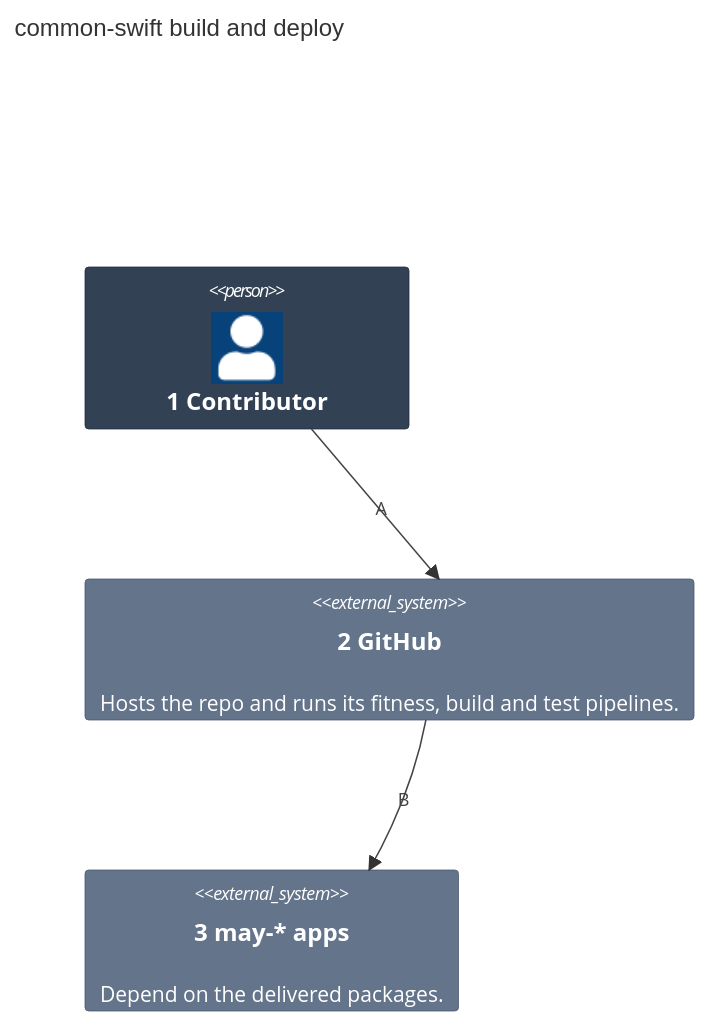
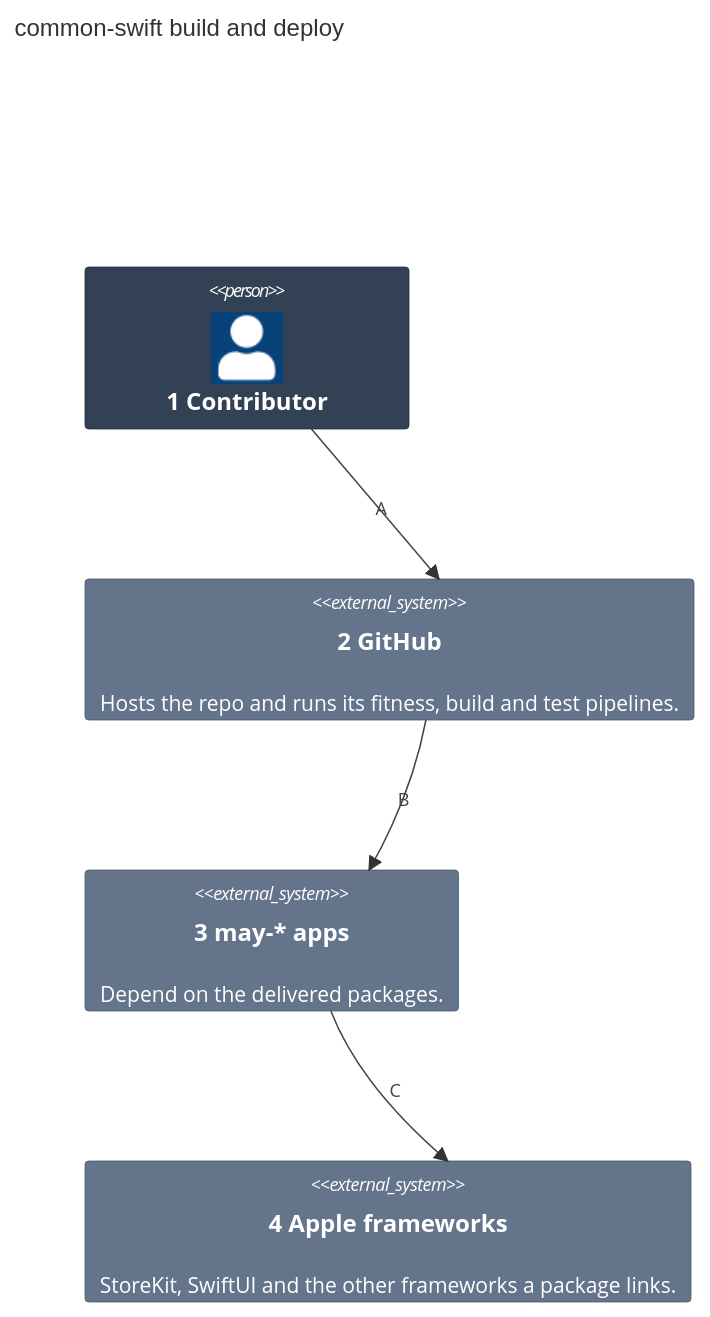
One commit to may-journal/common-swift changed the first of 2 diagrams in docs/architecture/02-containers.md. Above: the diagram before and after it, drawn with Mermaid. The commit also changed other lines of this file and 41 other files, not shown here.

````diff
--- a/docs/architecture/02-containers.md
+++ b/docs/architecture/02-containers.md
@@ -5,16 +5,19 @@
 ```mermaid
 C4Container
     title common-swift build and deploy
 
     Person(contributor, "1 Contributor")
 
     System_Ext(github, "2 GitHub", "Hosts the repo and runs its fitness, build and test pipelines.")
     System_Ext(apps, "3 may-* apps", "Depend on the delivered packages.")
+    System_Ext(apple, "4 Apple frameworks", "StoreKit, SwiftUI and the other frameworks a package links.")
 
     Rel(contributor, github, "A")
     Rel(github, apps, "B")
+    Rel(apps, apple, "C")
 
     UpdateElementStyle(contributor, $bgColor="#334155", $borderColor="#1e293b", $fontColor="#ffffff")
     UpdateElementStyle(github, $bgColor="#64748b", $borderColor="#475569", $fontColor="#ffffff")
     UpdateElementStyle(apps, $bgColor="#64748b", $borderColor="#475569", $fontColor="#ffffff")
+    UpdateElementStyle(apple, $bgColor="#64748b", $borderColor="#475569", $fontColor="#ffffff")
 ```
````
